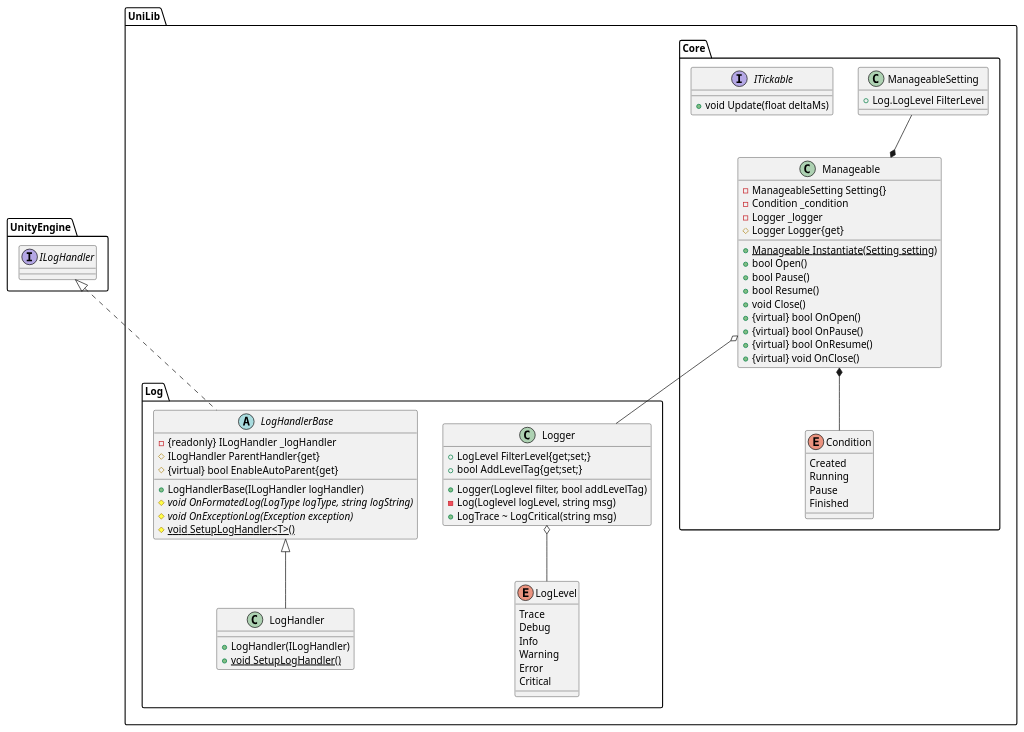
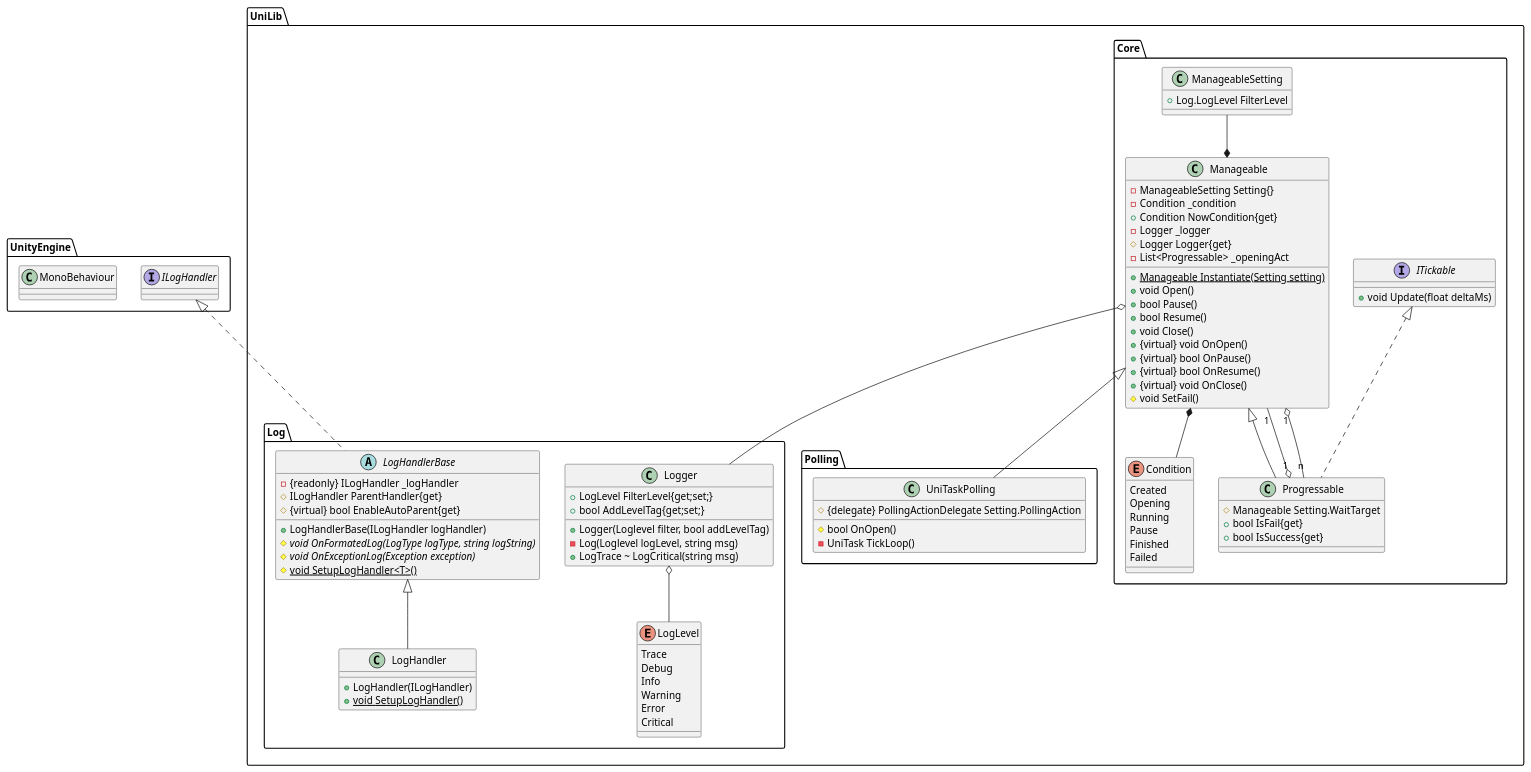
Before and after one commit to j-sato-t/unity_libs: the first of 2 diagrams in README.md, drawn with PlantUML. The commit also changed other lines of this file and 8 other files, not shown here.

Commit message:
fix open action

```diff
--- a/README.md
+++ b/README.md
@@ -5,6 +5,7 @@
 
 package UnityEngine{
     interface ILogHandler
+    class MonoBehaviour
 }
 
 package UniLib{
@@ -48,9 +49,11 @@
 package Core{
     enum Condition{
         Created
+        Opening
         Running
         Pause
         Finished
+        Failed
     }
 
     class ManageableSetting{
@@ -60,17 +63,22 @@
     class Manageable{
         - ManageableSetting Setting{}
         - Condition _condition
+        + Condition NowCondition{get}
         - Logger _logger
         # Logger Logger{get}
+        - List<Progressable> _openingAct
+
+
         + {static} Manageable Instantiate(Setting setting)
-        + bool Open()
+        + void Open()
         + bool Pause()
         + bool Resume()
         + void Close()
-        + {virtual} bool OnOpen()
+        + {virtual} void OnOpen()
         + {virtual} bool OnPause()
         + {virtual} bool OnResume()
         + {virtual} void OnClose()
+        # void SetFail()
     }
     Manageable *-- Condition
     Manageable o-- Logger
@@ -79,10 +87,26 @@
     interface ITickable{
         + void Update(float deltaMs)
     }
+
+    class Progressable{
+        # Manageable Setting.WaitTarget
+        + bool IsFail{get}
+        + bool IsSuccess{get}
+    }
+    Manageable <|-- Progressable
+    ITickable <|.. Progressable
+    Manageable "1" --o "1" Progressable
+    Manageable "1" o-- "n" Progressable
 }
 
-
-
+package Polling{
+    class UniTaskPolling{
+        # {delegate} PollingActionDelegate Setting.PollingAction
+        # bool OnOpen()
+        - UniTask TickLoop()
+    }
+    Manageable <|-- UniTaskPolling
+}
 
 
 
```
